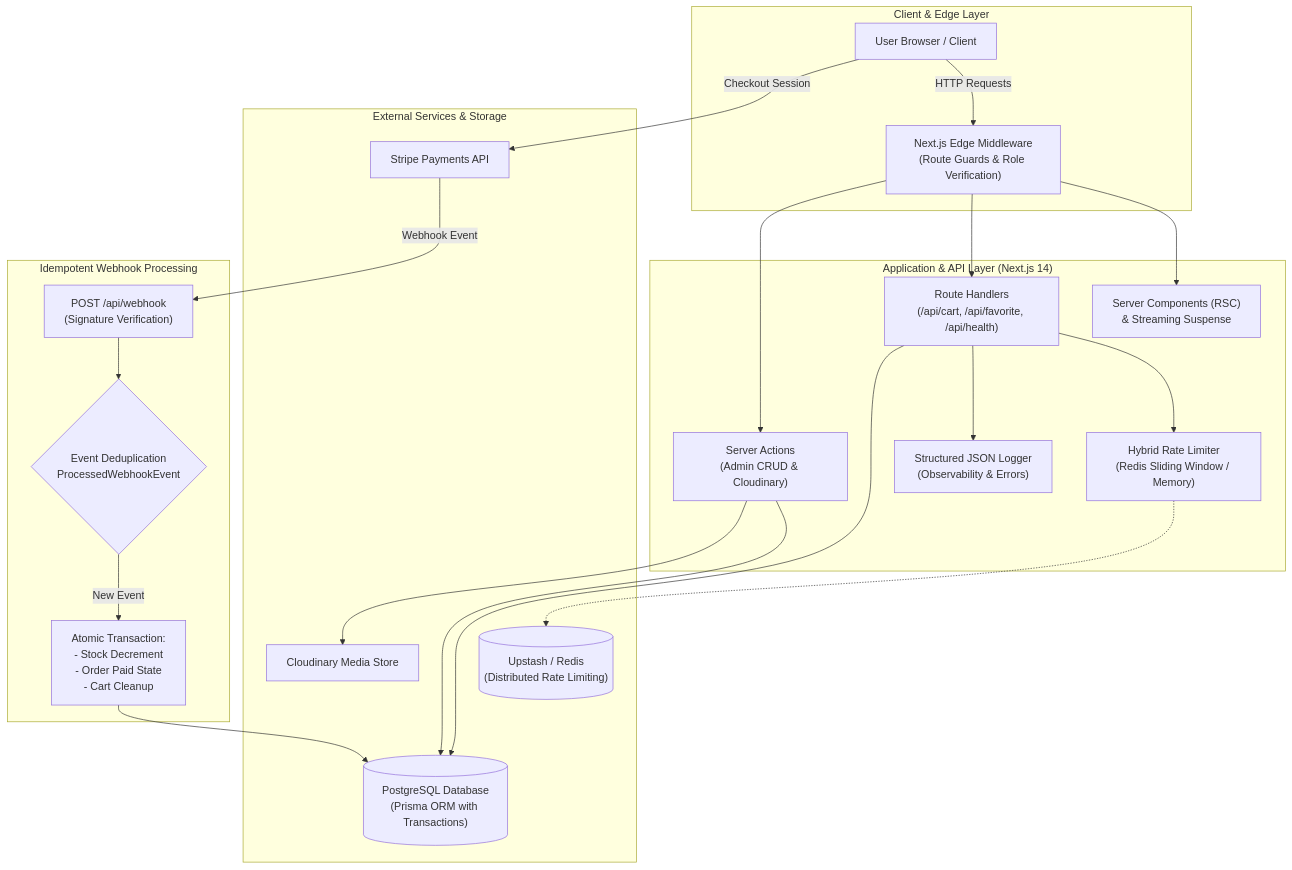
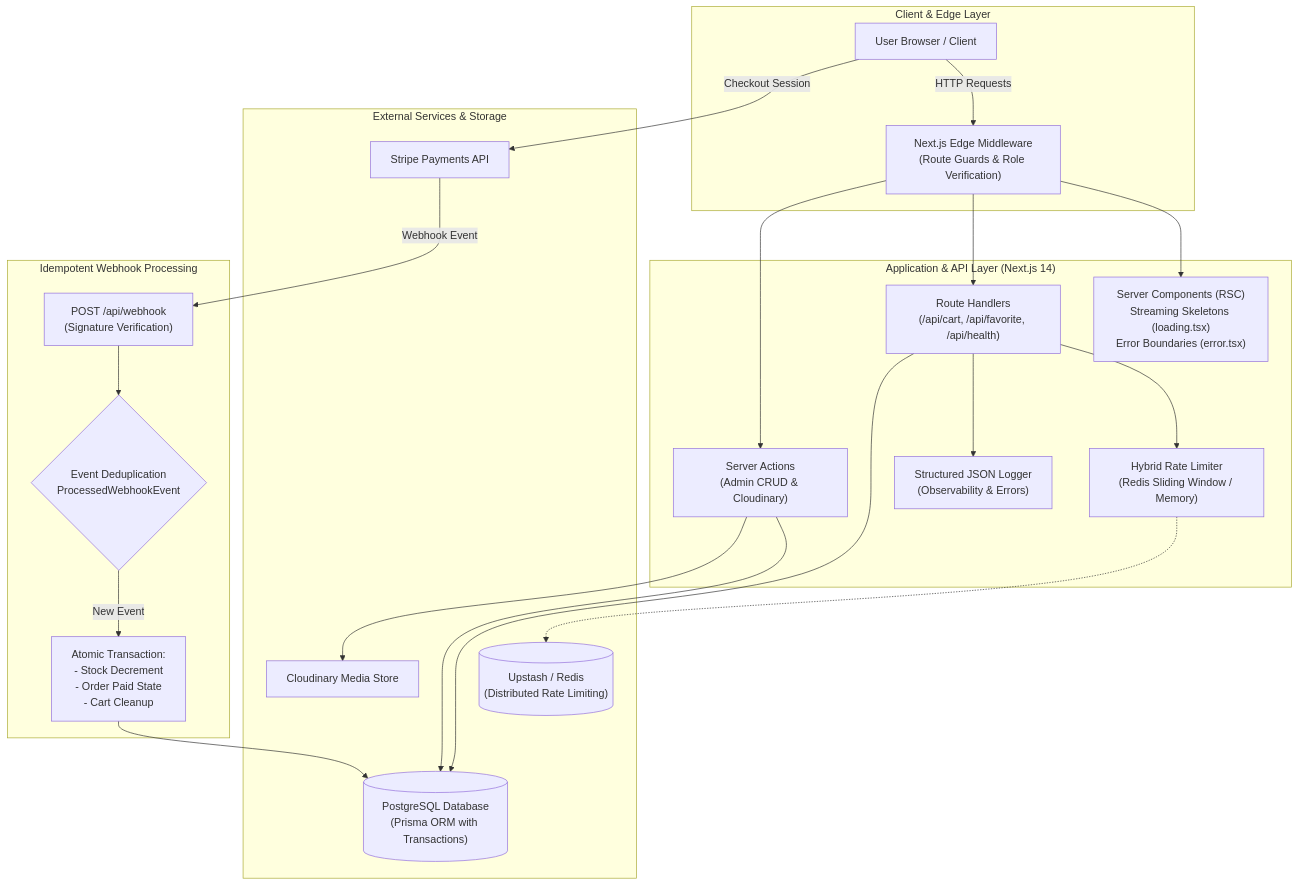
Before and after one commit to frknecn3/blue-commerce: the diagram in README.md, drawn with Mermaid. The commit also changed other lines of this file, not shown here.

Commit message:
docs: update README with demo login credentials, testing/architecture details, and development tooling information

````diff
--- a/README.md
+++ b/README.md
@@ -29,46 +40,46 @@
 ```mermaid
 flowchart TD
     subgraph ClientLayer ["Client & Edge Layer"]
         Browser["User Browser / Client"]
         MW["Next.js Edge Middleware<br/>(Route Guards & Role Verification)"]
     end
 
     subgraph AppLayer ["Application & API Layer (Next.js 14)"]
-        RSC["Server Components (RSC)<br/>& Streaming Suspense"]
+        RSC["Server Components (RSC)<br/>Streaming Skeletons (loading.tsx)<br/>Error Boundaries (error.tsx)"]
         Actions["Server Actions<br/>(Admin CRUD & Cloudinary)"]
         API["Route Handlers<br/>(/api/cart, /api/favorite, /api/health)"]
         RL["Hybrid Rate Limiter<br/>(Redis Sliding Window / Memory)"]
         Logger["Structured JSON Logger<br/>(Observability & Errors)"]
     end
 
     subgraph ServiceLayer ["External Services & Storage"]
         DB[("PostgreSQL Database<br/>(Prisma ORM with Transactions)")]
         Redis[("Upstash / Redis<br/>(Distributed Rate Limiting)")]
         Stripe["Stripe Payments API"]
         Cloudinary["Cloudinary Media Store"]
     end
 
     subgraph WebhookLayer ["Idempotent Webhook Processing"]
         StripeHook["POST /api/webhook<br/>(Signature Verification)"]
         Idempotency{"Event Deduplication<br/>ProcessedWebhookEvent"}
         TxAtomic["Atomic Transaction:<br/>- Stock Decrement<br/>- Order Paid State<br/>- Cart Cleanup"]
     end
 
     Browser -->|HTTP Requests| MW
     MW --> RSC
     MW --> API
     MW --> Actions
 
     API --> RL
     RL -.-> Redis
     API --> Logger
     API --> DB
     Actions --> DB
     Actions --> Cloudinary
     
     Browser -->|Checkout Session| Stripe
     Stripe -->|Webhook Event| StripeHook
     StripeHook --> Idempotency
     Idempotency -->|New Event| TxAtomic
     TxAtomic --> DB
 ```
````
